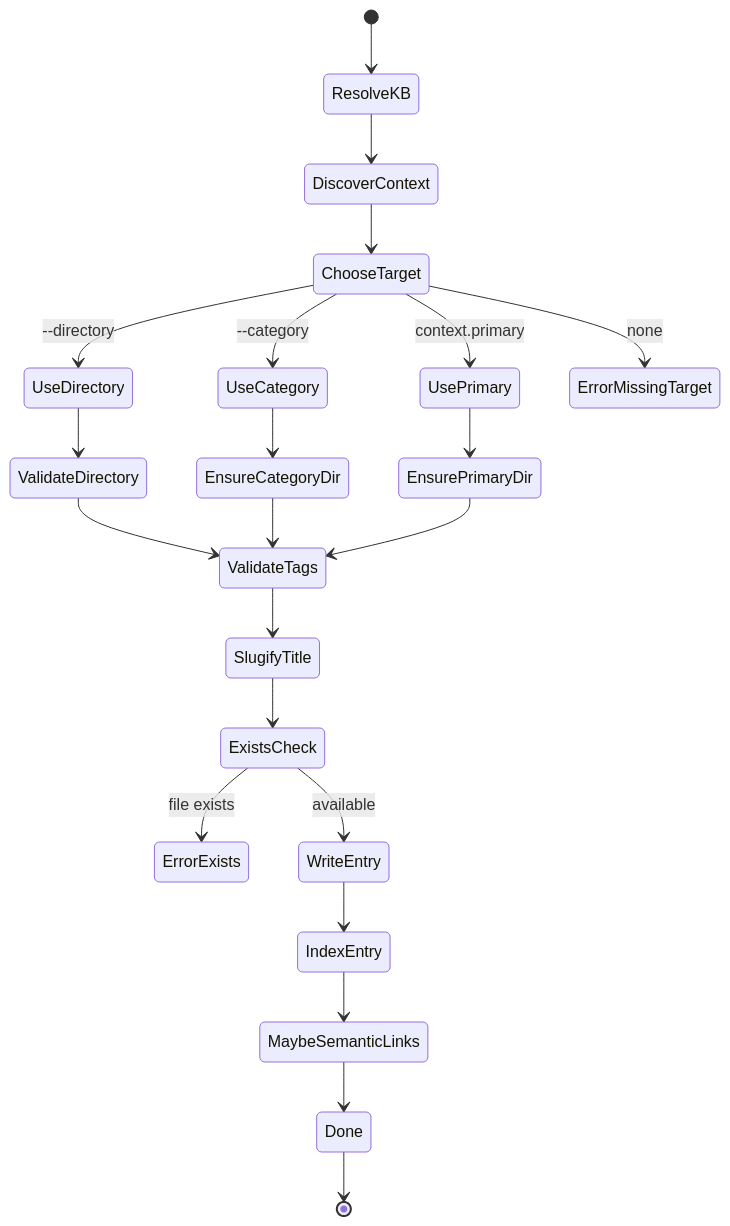
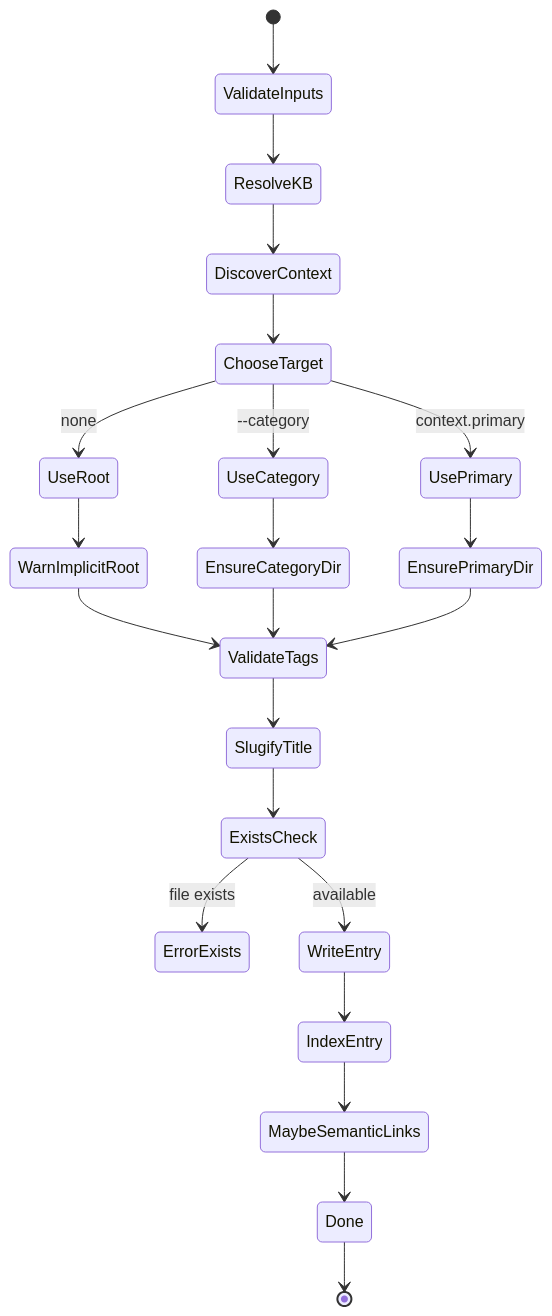
Before and after one commit to chriskd/memex-kb: the fifth of 10 diagrams in kb/design/state-diagrams.md, drawn with Mermaid. The commit also changed other lines of this file and 27 other files, not shown here.

````diff
--- a/kb/design/state-diagrams.md
+++ b/kb/design/state-diagrams.md
@@ -68,24 +101,24 @@
 ```mermaid
 stateDiagram-v2
-    [*] --> ResolveKB
+    [*] --> ValidateInputs
+    ValidateInputs --> ResolveKB
     ResolveKB --> DiscoverContext
     DiscoverContext --> ChooseTarget
-    ChooseTarget --> UseDirectory: --directory
     ChooseTarget --> UseCategory: --category
     ChooseTarget --> UsePrimary: context.primary
-    ChooseTarget --> ErrorMissingTarget: none
-    UseDirectory --> ValidateDirectory
+    ChooseTarget --> UseRoot: none
     UseCategory --> EnsureCategoryDir
     UsePrimary --> EnsurePrimaryDir
-    ValidateDirectory --> ValidateTags
+    UseRoot --> WarnImplicitRoot
+    WarnImplicitRoot --> ValidateTags
     EnsureCategoryDir --> ValidateTags
     EnsurePrimaryDir --> ValidateTags
     ValidateTags --> SlugifyTitle
     SlugifyTitle --> ExistsCheck
     ExistsCheck --> ErrorExists: file exists
     ExistsCheck --> WriteEntry: available
     WriteEntry --> IndexEntry
     IndexEntry --> MaybeSemanticLinks
     MaybeSemanticLinks --> Done
     Done --> [*]
 ```
````
